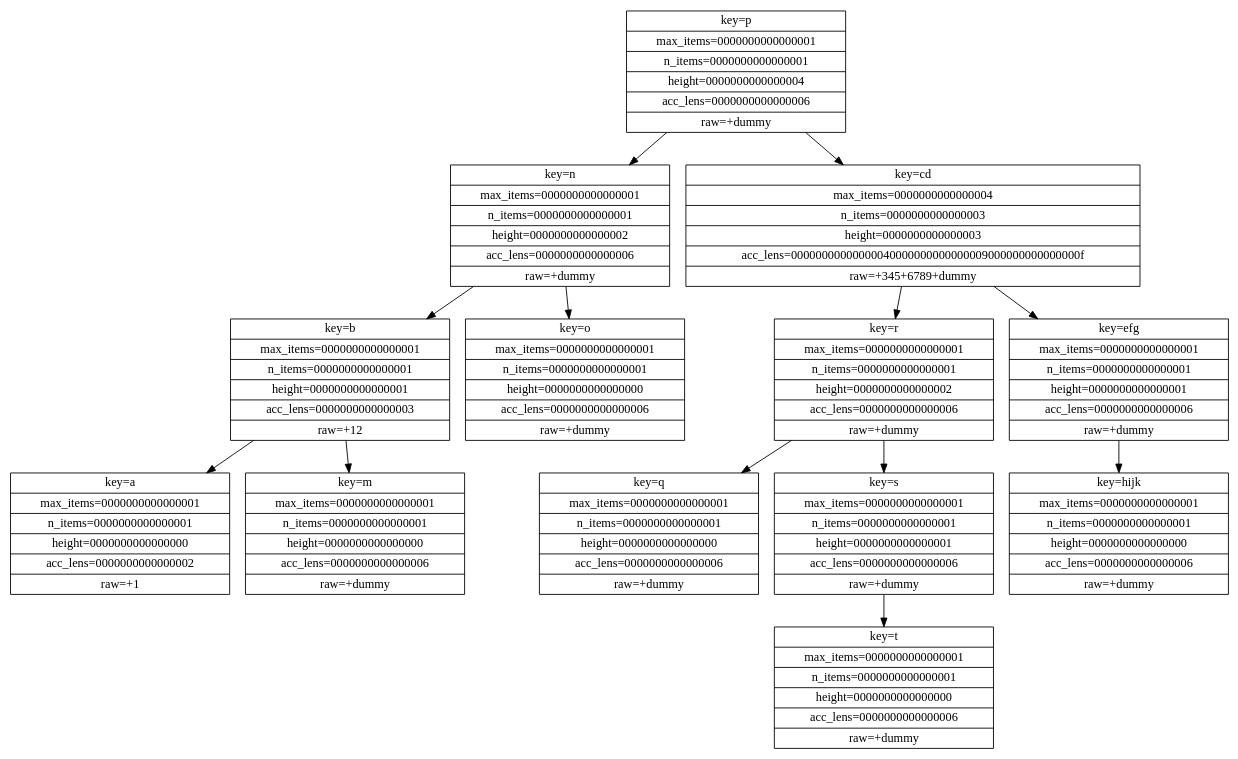
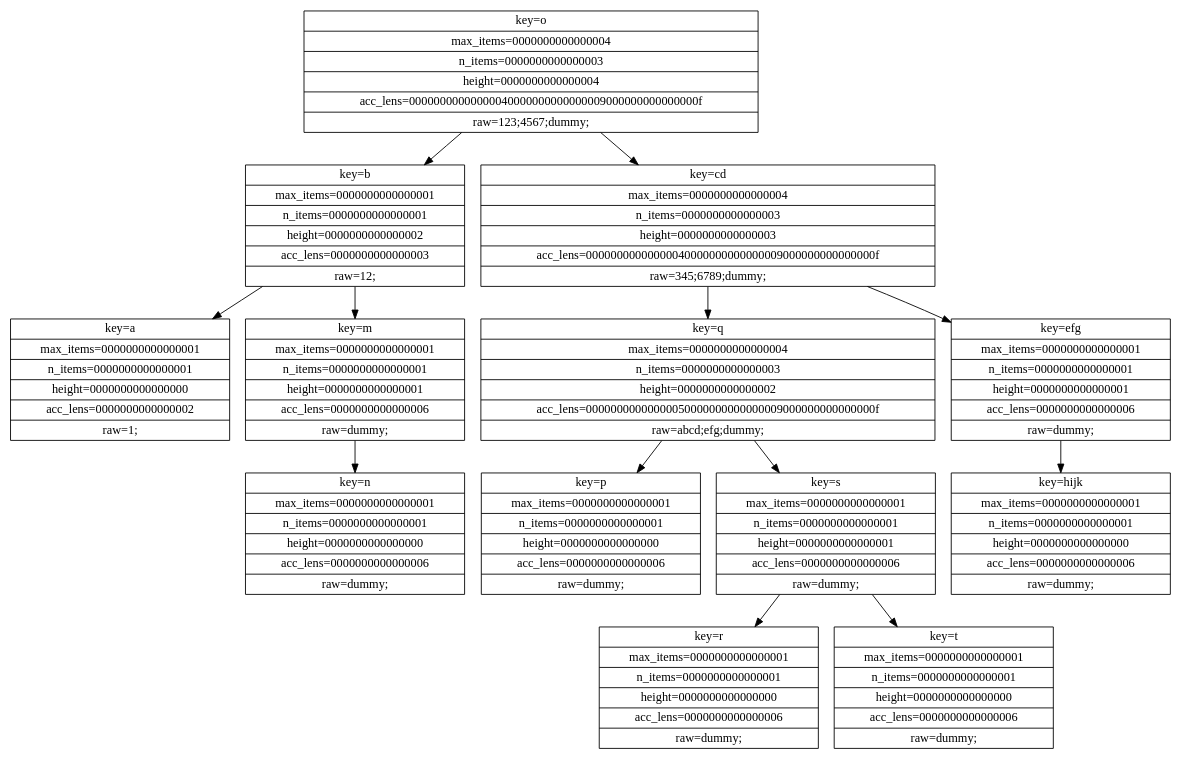
One commit to chientrm/kadb changed the diagram in data.ground.dot. Above: the diagram before and after it, drawn with Graphviz. The commit also changed 7 other files, not shown here.

```diff
--- a/data.ground.dot
+++ b/data.ground.dot
@@ -1,27 +1,27 @@
 digraph {
-p[shape=record,label="{key=p|max_items=0000000000000001|n_items=0000000000000001|height=0000000000000004|acc_lens=0000000000000006|raw=+dummy}"]
-n[shape=record,label="{key=n|max_items=0000000000000001|n_items=0000000000000001|height=0000000000000002|acc_lens=0000000000000006|raw=+dummy}"]
-b[shape=record,label="{key=b|max_items=0000000000000001|n_items=0000000000000001|height=0000000000000001|acc_lens=0000000000000003|raw=+12}"]
-a[shape=record,label="{key=a|max_items=0000000000000001|n_items=0000000000000001|height=0000000000000000|acc_lens=0000000000000002|raw=+1}"]
+o[shape=record,label="{key=o|max_items=0000000000000004|n_items=0000000000000003|height=0000000000000004|acc_lens=00000000000000040000000000000009000000000000000f|raw=123;4567;dummy;}"]
+b[shape=record,label="{key=b|max_items=0000000000000001|n_items=0000000000000001|height=0000000000000002|acc_lens=0000000000000003|raw=12;}"]
+a[shape=record,label="{key=a|max_items=0000000000000001|n_items=0000000000000001|height=0000000000000000|acc_lens=0000000000000002|raw=1;}"]
 b -> a
-m[shape=record,label="{key=m|max_items=0000000000000001|n_items=0000000000000001|height=0000000000000000|acc_lens=0000000000000006|raw=+dummy}"]
+m[shape=record,label="{key=m|max_items=0000000000000001|n_items=0000000000000001|height=0000000000000001|acc_lens=0000000000000006|raw=dummy;}"]
+n[shape=record,label="{key=n|max_items=0000000000000001|n_items=0000000000000001|height=0000000000000000|acc_lens=0000000000000006|raw=dummy;}"]
+m -> n
 b -> m
-n -> b
-o[shape=record,label="{key=o|max_items=0000000000000001|n_items=0000000000000001|height=0000000000000000|acc_lens=0000000000000006|raw=+dummy}"]
-n -> o
-p -> n
-cd[shape=record,label="{key=cd|max_items=0000000000000004|n_items=0000000000000003|height=0000000000000003|acc_lens=00000000000000040000000000000009000000000000000f|raw=+345+6789+dummy}"]
-r[shape=record,label="{key=r|max_items=0000000000000001|n_items=0000000000000001|height=0000000000000002|acc_lens=0000000000000006|raw=+dummy}"]
-q[shape=record,label="{key=q|max_items=0000000000000001|n_items=0000000000000001|height=0000000000000000|acc_lens=0000000000000006|raw=+dummy}"]
-r -> q
-s[shape=record,label="{key=s|max_items=0000000000000001|n_items=0000000000000001|height=0000000000000001|acc_lens=0000000000000006|raw=+dummy}"]
-t[shape=record,label="{key=t|max_items=0000000000000001|n_items=0000000000000001|height=0000000000000000|acc_lens=0000000000000006|raw=+dummy}"]
+o -> b
+cd[shape=record,label="{key=cd|max_items=0000000000000004|n_items=0000000000000003|height=0000000000000003|acc_lens=00000000000000040000000000000009000000000000000f|raw=345;6789;dummy;}"]
+q[shape=record,label="{key=q|max_items=0000000000000004|n_items=0000000000000003|height=0000000000000002|acc_lens=00000000000000050000000000000009000000000000000f|raw=abcd;efg;dummy;}"]
+p[shape=record,label="{key=p|max_items=0000000000000001|n_items=0000000000000001|height=0000000000000000|acc_lens=0000000000000006|raw=dummy;}"]
+q -> p
+s[shape=record,label="{key=s|max_items=0000000000000001|n_items=0000000000000001|height=0000000000000001|acc_lens=0000000000000006|raw=dummy;}"]
+r[shape=record,label="{key=r|max_items=0000000000000001|n_items=0000000000000001|height=0000000000000000|acc_lens=0000000000000006|raw=dummy;}"]
+s -> r
+t[shape=record,label="{key=t|max_items=0000000000000001|n_items=0000000000000001|height=0000000000000000|acc_lens=0000000000000006|raw=dummy;}"]
 s -> t
-r -> s
-cd -> r
-efg[shape=record,label="{key=efg|max_items=0000000000000001|n_items=0000000000000001|height=0000000000000001|acc_lens=0000000000000006|raw=+dummy}"]
-hijk[shape=record,label="{key=hijk|max_items=0000000000000001|n_items=0000000000000001|height=0000000000000000|acc_lens=0000000000000006|raw=+dummy}"]
+q -> s
+cd -> q
+efg[shape=record,label="{key=efg|max_items=0000000000000001|n_items=0000000000000001|height=0000000000000001|acc_lens=0000000000000006|raw=dummy;}"]
+hijk[shape=record,label="{key=hijk|max_items=0000000000000001|n_items=0000000000000001|height=0000000000000000|acc_lens=0000000000000006|raw=dummy;}"]
 efg -> hijk
 cd -> efg
-p -> cd
+o -> cd
 }
```
